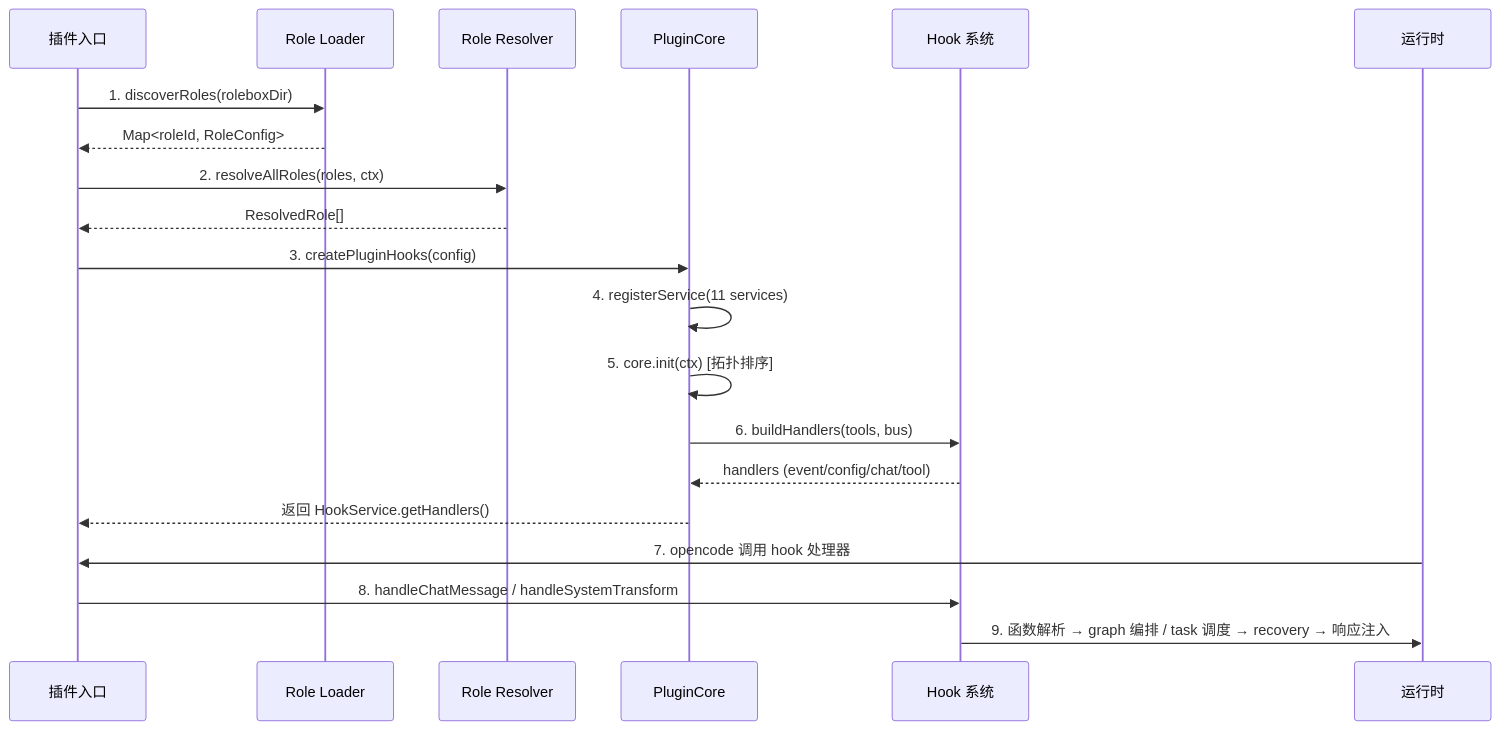
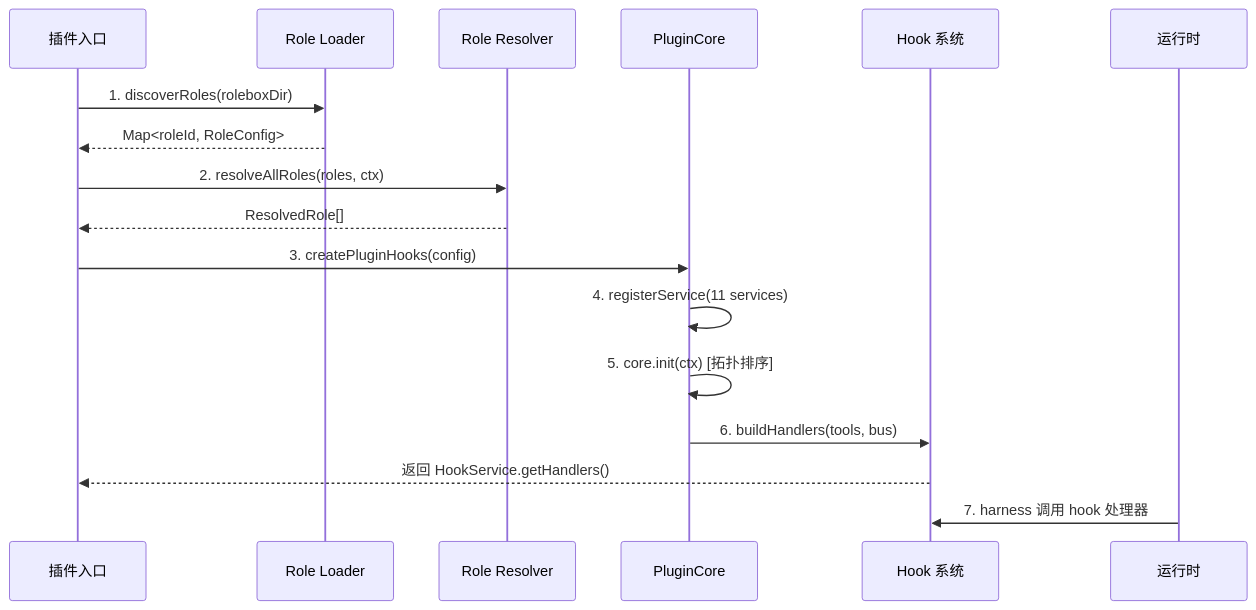
One commit to EricMoin/rolebox-docs changed the first of 2 diagrams in docs/01-Overview/architecture-overview.md. Above: the diagram before and after it, drawn with Mermaid. The commit also changed other lines of this file and 62 other files, not shown here.

````diff
--- a/docs/01-Overview/architecture-overview.md
+++ b/docs/01-Overview/architecture-overview.md
@@ -26,23 +39,20 @@
 ```mermaid
 sequenceDiagram
-    participant Plugin as 插件入口
+    participant Entry as 插件入口
     participant Loader as Role Loader
     participant Resolver as Role Resolver
     participant Core as PluginCore
     participant Hook as Hook 系统
     participant Runtime as 运行时
 
-    Plugin->>Loader: 1. discoverRoles(roleboxDir)
-    Loader-->>Plugin: Map<roleId, RoleConfig>
-    Plugin->>Resolver: 2. resolveAllRoles(roles, ctx)
-    Resolver-->>Plugin: ResolvedRole[]
-    Plugin->>Core: 3. createPluginHooks(config)
+    Entry->>Loader: 1. discoverRoles(roleboxDir)
+    Loader-->>Entry: Map<roleId, RoleConfig>
+    Entry->>Resolver: 2. resolveAllRoles(roles, ctx)
+    Resolver-->>Entry: ResolvedRole[]
+    Entry->>Core: 3. createPluginHooks(config)
     Core->>Core: 4. registerService(11 services)
     Core->>Core: 5. core.init(ctx) [拓扑排序]
     Core->>Hook: 6. buildHandlers(tools, bus)
-    Hook-->>Core: handlers (event/config/chat/tool)
-    Core-->>Plugin: 返回 HookService.getHandlers()
-    Runtime->>Plugin: 7. opencode 调用 hook 处理器
-    Plugin->>Hook: 8. handleChatMessage / handleSystemTransform
-    Hook->>Runtime: 9. 函数解析 → graph 编排 / task 调度 → recovery → 响应注入
+    Hook-->>Entry: 返回 HookService.getHandlers()
+    Runtime->>Hook: 7. harness 调用 hook 处理器
 ```
````
